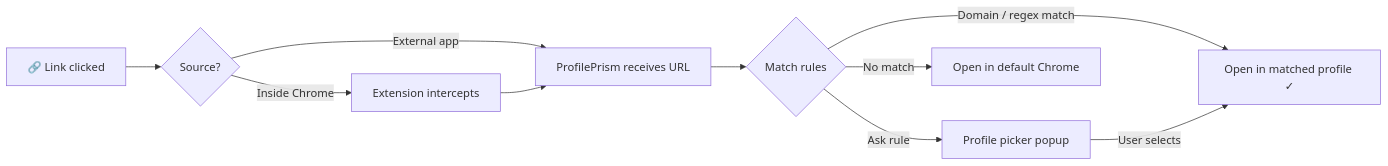
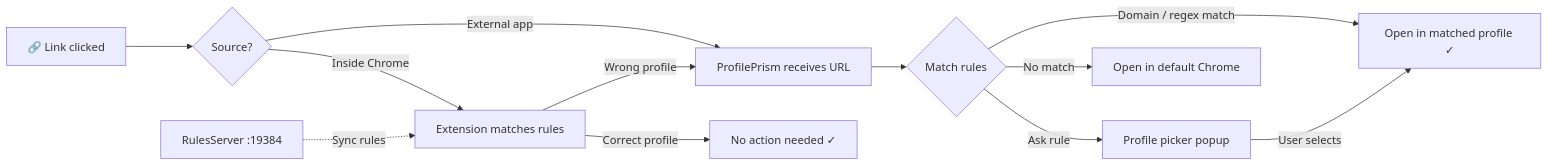
Before and after one commit to badaverse/linkprism: the diagram in README.md, drawn with Mermaid. The commit also changed other lines of this file and 1 other file, not shown here.

````diff
--- a/README.md
+++ b/README.md
@@ -137,12 +93,15 @@
 ```mermaid
 graph LR
     A["🔗 Link clicked"] --> B{"Source?"}
     B -->|"External app"| C["ProfilePrism receives URL"]
-    B -->|"Inside Chrome"| D["Extension intercepts"]
-    D --> C
+    B -->|"Inside Chrome"| D["Extension matches rules"]
+    D -->|"Wrong profile"| C
+    D -->|"Correct profile"| I["No action needed ✓"]
     C --> E{"Match rules"}
     E -->|"Domain / regex match"| F["Open in matched profile ✓"]
     E -->|"Ask rule"| G["Profile picker popup"]
     E -->|"No match"| H["Open in default Chrome"]
     G -->|"User selects"| F
+
+    J["RulesServer :19384"] -.->|"Sync rules"| D
 ```
````
